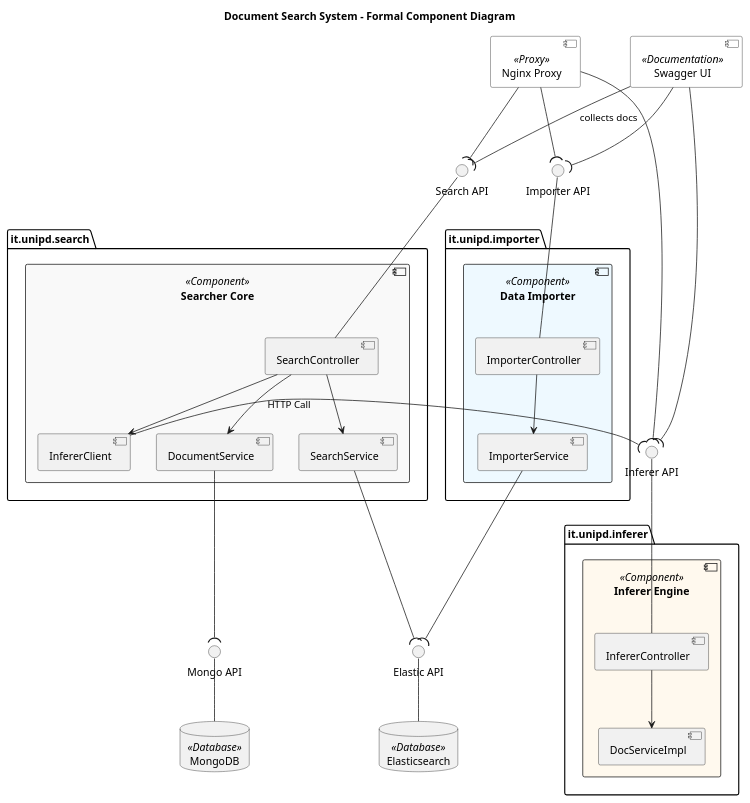
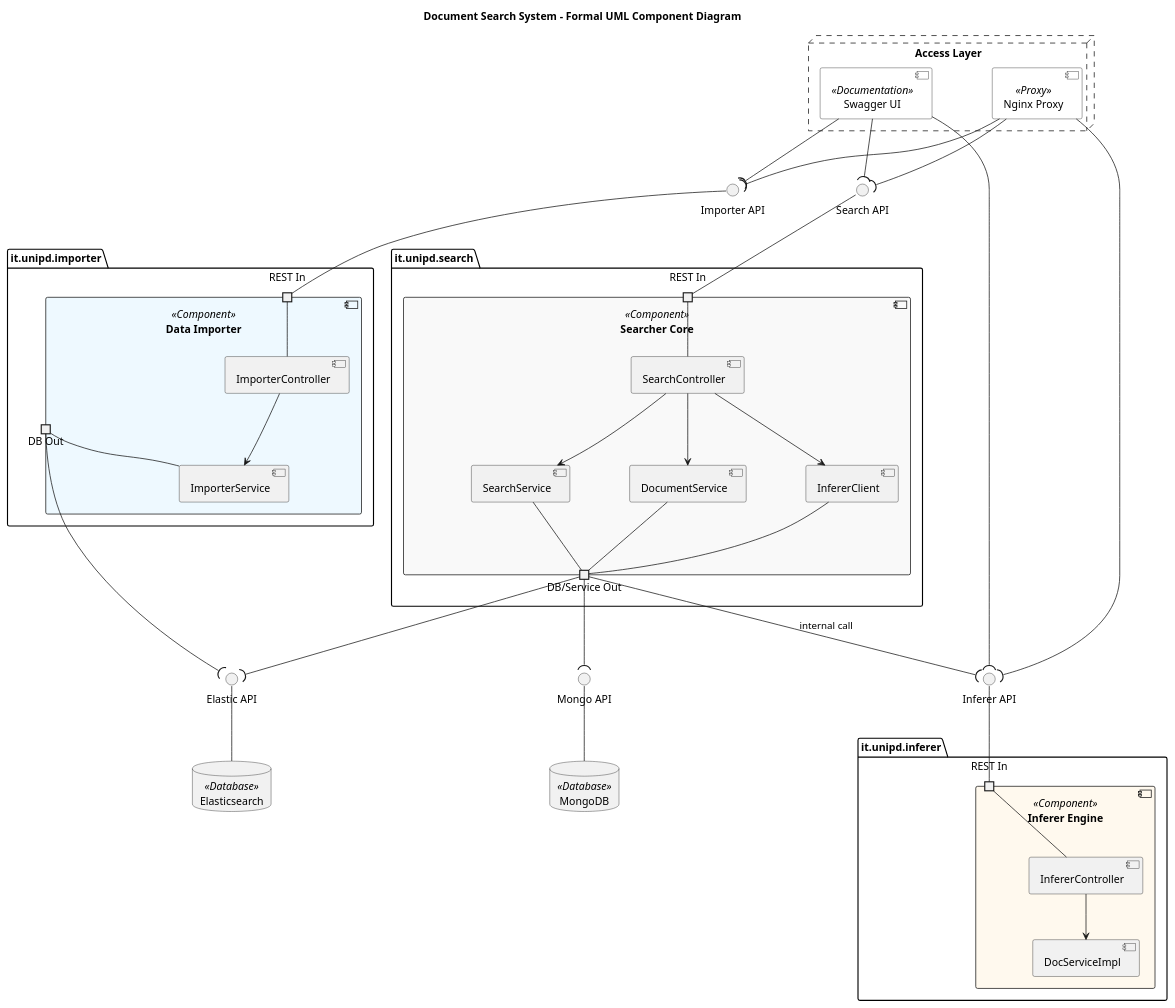
Before and after one commit to esspadoo/microservices-web-app: the diagram in documentation/Immagini presentazione/4+1 view model/Implementation_developer_view/Component diagram/componentDiagram.plantuml, drawn with PlantUML. The commit also changed 2 other files, not shown here.

Commit message:
updated component diagram

```diff
--- a/documentation/Immagini presentazione/4+1 view model/Implementation_developer_view/Component diagram/componentDiagram.plantuml
+++ b/documentation/Immagini presentazione/4+1 view model/Implementation_developer_view/Component diagram/componentDiagram.plantuml
@@ -1,80 +1,102 @@
 @startuml
-' Forza lo stile dei componenti UML 2
+' Layout impostato per evitare incroci di linee
 skinparam componentStyle uml2
+skinparam nodesep 80
+skinparam ranksep 60
 
-title Document Search System - Formal Component Diagram
+title Document Search System - Formal UML Component Diagram
 
-' --- INFRASTRUTTURA DI ACCESSO ---
-[Nginx Proxy] as NG <<Proxy>> #white
-[Swagger UI] as SW <<Documentation>> #white
+' --- INTERFACCE ---
+interface "Search API" as ISearch
+interface "Importer API" as IImp
+interface "Inferer API" as IInf
+interface "Elastic API" as IES
+interface "Mongo API" as IMongo
 
-' --- SISTEMI DI STORAGE ---
-database "Elasticsearch" as ES <<Database>>
-database "MongoDB" as Mongo <<Database>>
+' --- INFRASTRUTTURA ---
+node "Access Layer" #line.dashed {
+    [Nginx Proxy] as NG <<Proxy>> #white
+    [Swagger UI] as SW <<Documentation>> #white
+}
 
 ' --- MODULO INFERER ---
 package "it.unipd.inferer" {
     component "Inferer Engine" as ModInf <<Component>> #fff9ee {
+        portin "REST In" as pInfIn
         [InfererController] as InfCtrl
         [DocServiceImpl] as DocSrv
+        
+        pInfIn -down- InfCtrl
         InfCtrl -down-> DocSrv
     }
 }
-interface "Inferer API" as IInf
-InfCtrl -up- IInf
 
 ' --- MODULO SEARCHER ---
 package "it.unipd.search" {
     component "Searcher Core" as ModSearch <<Component>> #f9f9f9 {
+        portin "REST In" as pSeaIn
+        portout "DB/Service Out" as pSeaOut
+        
         [SearchController] as SeaCtrl
         [SearchService] as SeaSrv
         [DocumentService] as DocSrvSearch
         [InfererClient] as InfCli
         
+        pSeaIn -down- SeaCtrl
         SeaCtrl -down-> SeaSrv
         SeaCtrl -down-> DocSrvSearch
         SeaCtrl -down-> InfCli
+        
+        SeaSrv -down- pSeaOut
+        DocSrvSearch -down- pSeaOut
+        InfCli -down- pSeaOut
     }
 }
-interface "Search API" as ISearch
-SeaCtrl -up- ISearch
 
 ' --- MODULO IMPORTER ---
 package "it.unipd.importer" {
     component "Data Importer" as ModImp <<Component>> #eef9ff {
+        portin "REST In" as pImpIn
+        portout "DB Out" as pImpOut
+        
         [ImporterController] as ImpCtrl
         [ImporterService] as ImpSrv
+        
+        pImpIn -down- ImpCtrl
         ImpCtrl -down-> ImpSrv
+        ImpSrv -down- pImpOut
     }
 }
-interface "Importer API" as IImp
-ImpCtrl -up- IImp
 
-' --- RELAZIONI E INTERFACCE ---
+' --- STORAGE ---
+database "Elasticsearch" as ES <<Database>>
+database "MongoDB" as Mongo <<Database>>
 
-' Accesso tramite Proxy
+' --- CONNESSIONI E INTERFACCE (Notation: Ball-and-Socket) ---
+
+' Connessioni Entry Point (Semicerchio richiede -> Cerchio fornisce)
 NG --( ISearch
 NG --( IImp
 NG --( IInf
 
-' Swagger aggrega le API
-SW --( ISearch : "collects docs"
+SW --( ISearch
 SW --( IImp
 SW --( IInf
 
-' Comunicazione interna
-InfCli -( IInf : "HTTP Call"
+' Mapping Porte -> Interfacce Fornite (Cerchio)
+pSeaIn -up- ISearch
+pImpIn -up- IImp
+pInfIn -up- IInf
 
-' Interfacce Database
-interface "Elastic API" as IES
-interface "Mongo API" as IMongo
+' Mapping Porte -> Interfacce Richieste (Semicerchio)
+pSeaOut --( IES
+pSeaOut --( IMongo
+pSeaOut --( IInf : "internal call"
 
-ES -up- IES
-Mongo -up- IMongo
+pImpOut --( IES
 
-' Utilizzo DB
-SeaSrv --( IES
-ImpSrv --( IES
-DocSrvSearch --( IMongo
+' Mapping Interfacce Fornite dai Database
+IES -down- ES
+IMongo -down- Mongo
 
 @enduml
```
